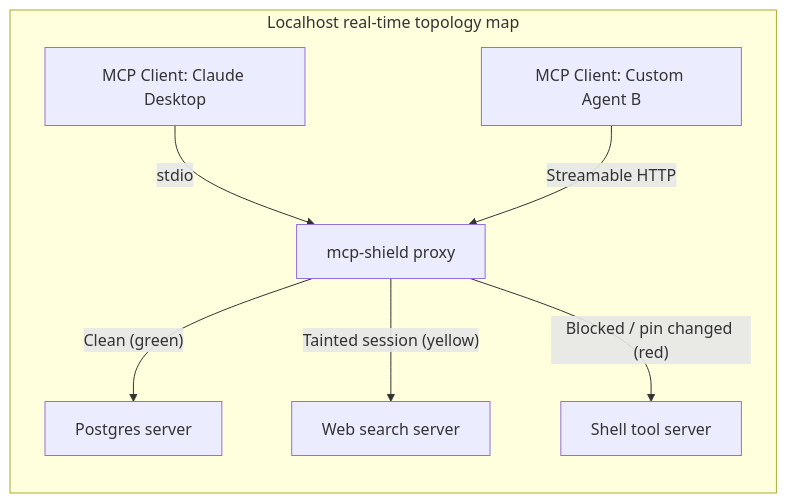
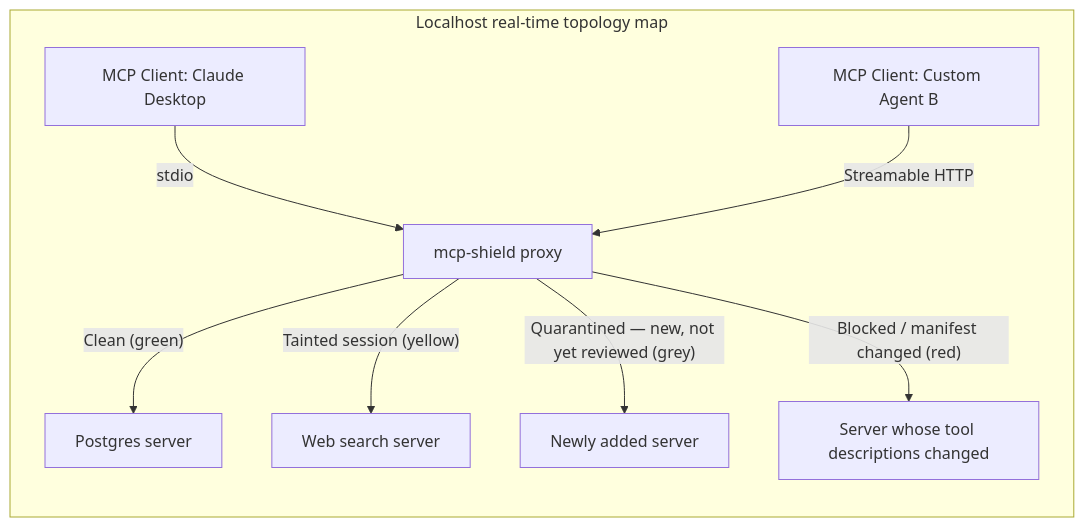
The second of 5 diagrams in 07 - Model Distribution, PyPI Packaging & Local Dashboard.md (rishikeshvarma/MCP-Shield), drawn with Mermaid before and after one commit. The commit also changed other lines of this file and 6 other files, not shown here.

First line of the commit message:
Re-sync every cascade diagram and the README with the current design

````diff
--- a/07 - Model Distribution, PyPI Packaging & Local Dashboard.md
+++ b/07 - Model Distribution, PyPI Packaging & Local Dashboard.md
@@ -174,11 +174,12 @@
 ```mermaid
 graph LR
     subgraph MeshMap["Localhost real-time topology map"]
         ClientA["MCP Client: Claude Desktop"] -->|stdio| Shield["mcp-shield proxy"]
         ClientB["MCP Client: Custom Agent B"] -->|Streamable HTTP| Shield
 
         Shield -->|"Clean (green)"| Tool1["Postgres server"]
         Shield -->|"Tainted session (yellow)"| Tool2["Web search server"]
-        Shield -->|"Blocked / pin changed (red)"| Tool3["Shell tool server"]
+        Shield -->|"Quarantined — new, not yet reviewed (grey)"| Tool3["Newly added server"]
+        Shield -->|"Blocked / manifest changed (red)"| Tool4["Server whose tool descriptions changed"]
     end
 ```
````
